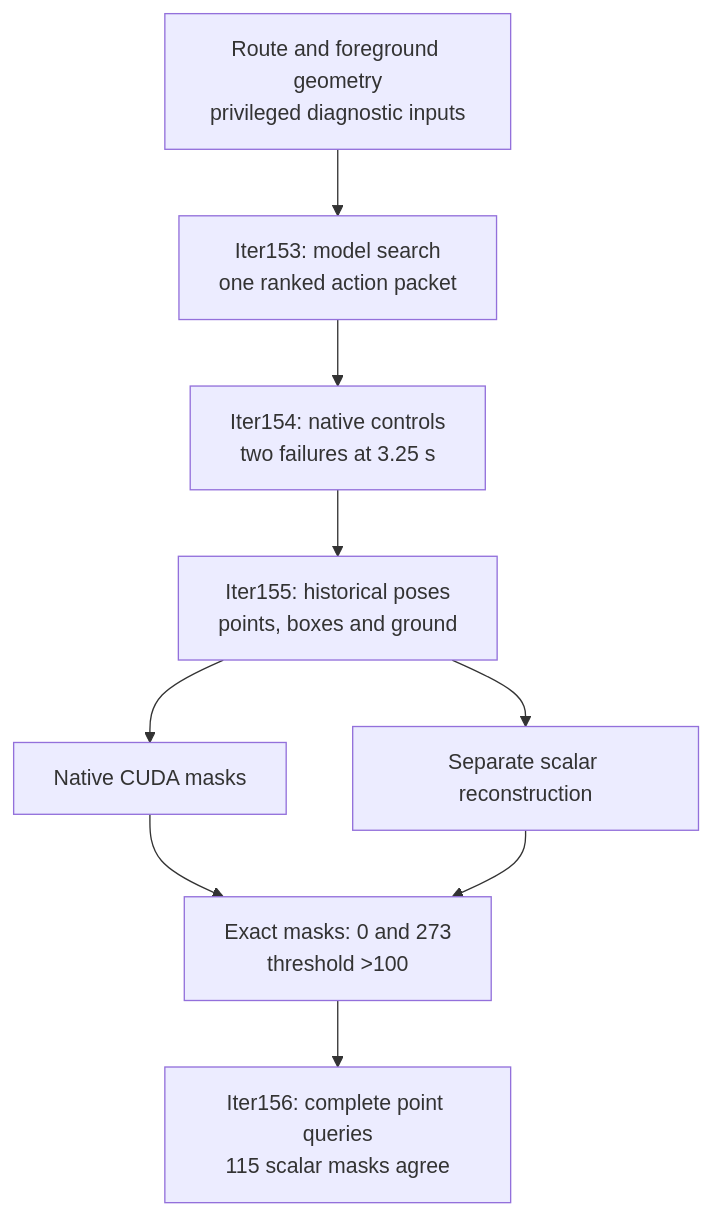
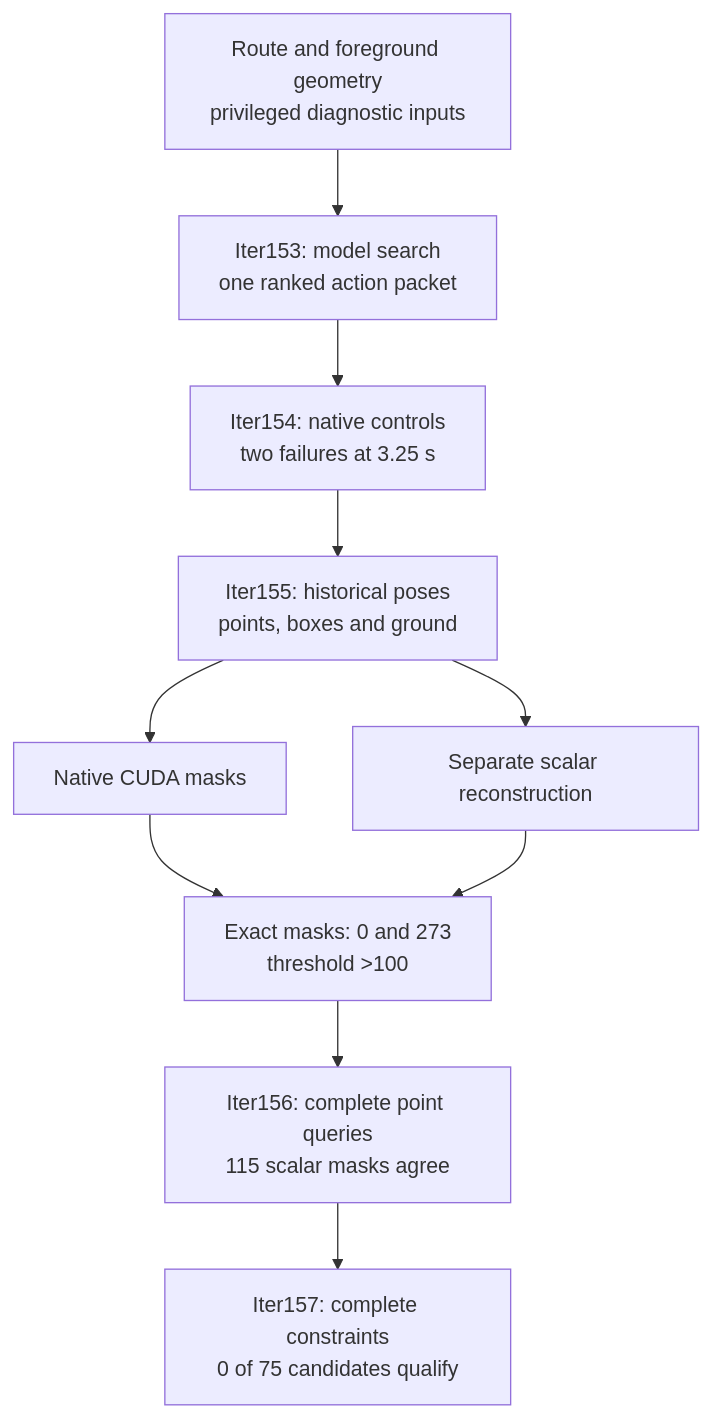
Before and after one commit to manfromnowhere143/sentinel: the fourth of 4 diagrams in docs/ARCHITECTURE.md, drawn with Mermaid. The commit also changed other lines of this file and 33 other files, not shown here.

````diff
--- a/docs/ARCHITECTURE.md
+++ b/docs/ARCHITECTURE.md
@@ -209,13 +209,14 @@
 ```mermaid
 flowchart TB
   accTitle: The diagnostic model, native test and background witness
   accDescr: A privileged model candidate fails in the native scene. A separate source-point extraction reproduces the collision predicate without a new driving episode.
   G["Route and foreground geometry<br/>privileged diagnostic inputs"] --> M["Iter153: model search<br/>one ranked action packet"]
   M --> N["Iter154: native controls<br/>two failures at 3.25 s"]
   N --> X["Iter155: historical poses<br/>points, boxes and ground"]
   X --> C["Native CUDA masks"]
   X --> S["Separate scalar reconstruction"]
   C --> E["Exact masks: 0 and 273<br/>threshold >100"]
   S --> E
   E --> F["Iter156: complete point queries<br/>115 scalar masks agree"]
+  F --> L["Iter157: complete constraints<br/>0 of 75 candidates qualify"]
 ```
````
